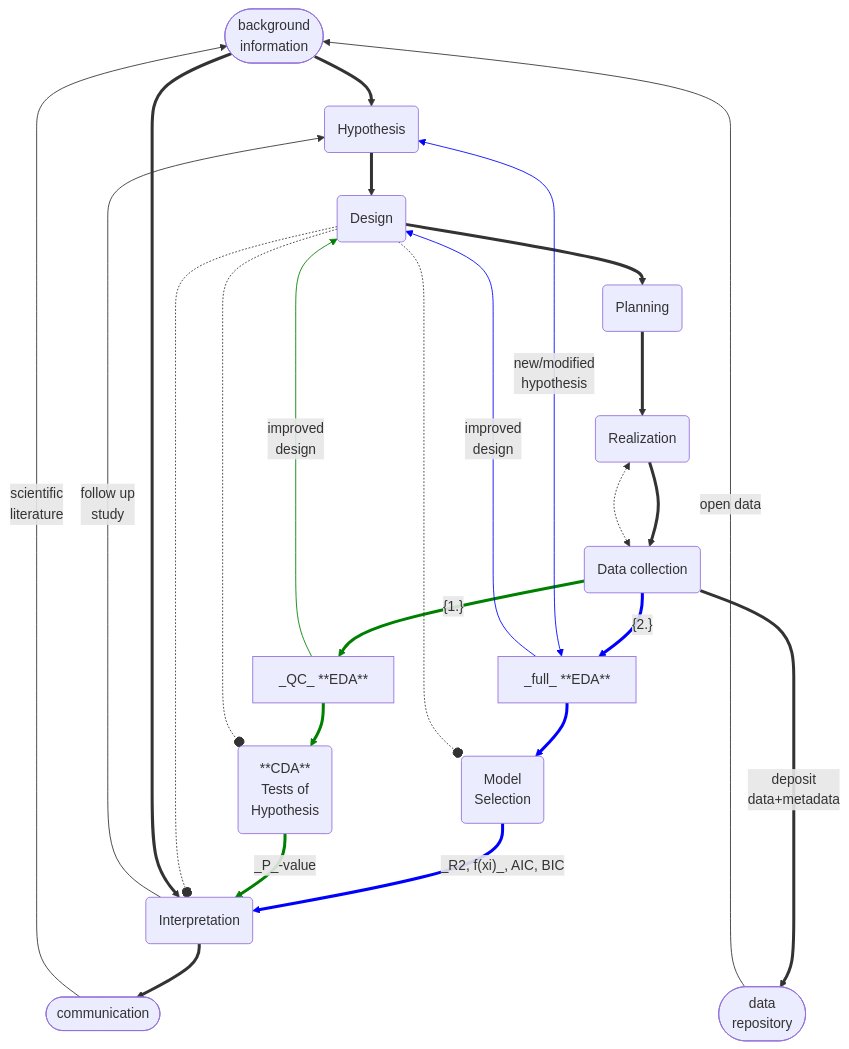
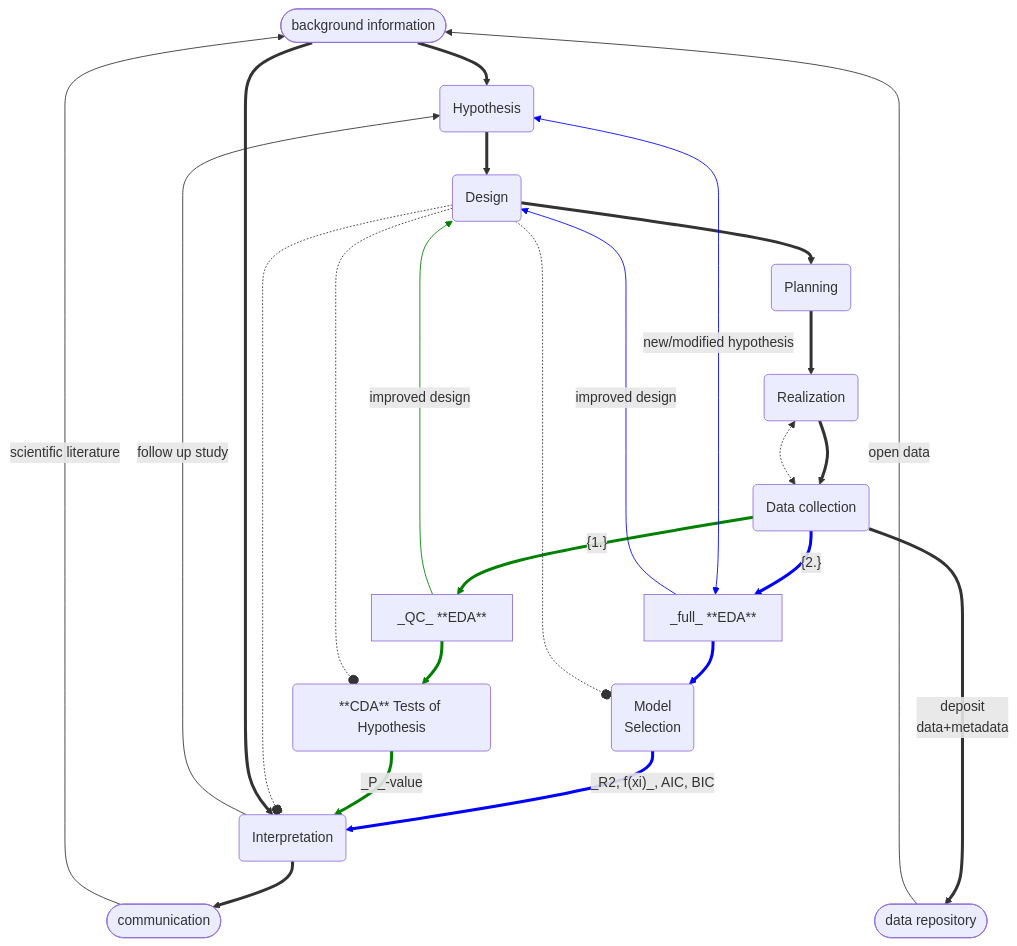
One commit to aphalo/r4p-blog changed the fifth of 5 diagrams in pages/approaches-to-research.qmd. Above: the diagram before and after it, drawn with Mermaid.

Commit message:
Fix Mermaid version problems
Build with newer Quarto version.

````diff
--- a/pages/approaches-to-research.qmd
+++ b/pages/approaches-to-research.qmd
@@ -178,37 +178,28 @@
 ```{mermaid}
 %%| label: fig-research-process-flowchart
 %%| fig-cap: A diagram showing the steps of scientific studies. The thick arrows describe the sequence of events/actions, connecting the design of an experiment to the communication of the results. Two paths, <font color=green>**1.** for hypothesis based research</font> and <font color=blue>**2.** for descriptive studies</font>, are highlighted (see main text). The dotted arrows with round heads indicate constraints imposed by design-related decisions. The double headed dotted arrow describes that the realization of a study can be influenced by data observed during its course, especially when data are collected repeatedly. Thin arrows indicate how one study can affect subsequent studies. _QC_= Quality Control or sanity checks of data. Even when no hypothesis testing is done, a hypothesis of what variables are of interest is involved in deciding what data are going to be used or collected. _Only if no formal hypothesis testing is involved, we can revise this weaker hypothesis during data analysis._ This abstraction can be applied to empirical research, but with small changes (not shown) also to simulation studies.
+
 %%{init: {"htmlLabels": true} }%%
-
 flowchart TD
-  Z([background
-  information]) ==> Y(Hypothesis)
+  Z([background information]) ==> Y(Hypothesis)
   Y ==> A(Design) ==> Aa(Planning) ==> B(Realization) ==> H(Data collection) =={2.}==> C
   C[_full_ **EDA**] ==> D(Model
   Selection) == "_R2, f(xi)_, AIC, BIC" ==> E(Interpretation) ==> F([communication])
   H == {1.} ==> I[_QC_ **EDA**]
   H ==deposit
-  data+metadata=====> X([data
-  repository])
-  I ==> G(**CDA**
-  Tests of
-  Hypothesis) == _P_-value ==> E
-  E --follow up
-  study--> Y
-  C <-- new/modified
-  hypothesis --> Y
-  C --improved
-  design--> A 
-  I --improved
-  design--> A
+  data+metadata=====> X([data repository])
+  I ==> G(**CDA** Tests of Hypothesis) == _P_-value ==> E
+  E -- follow up study --> Y
+  C <-- new/modified hypothesis --> Y
+  C -- improved design --> A 
+  I -- improved design --> A
   B <-.-> H
   A -.-o D
   A -.-o E
   A -.-o G
-  F --scientific
-  literature--> Z
+  F --scientific literature--> Z
   X --"open data"--> Z
   Z ==> E
   linkStyle 5,6,7,14,15 stroke: blue
   linkStyle 9,11,12,16 stroke: green
 ```
````
